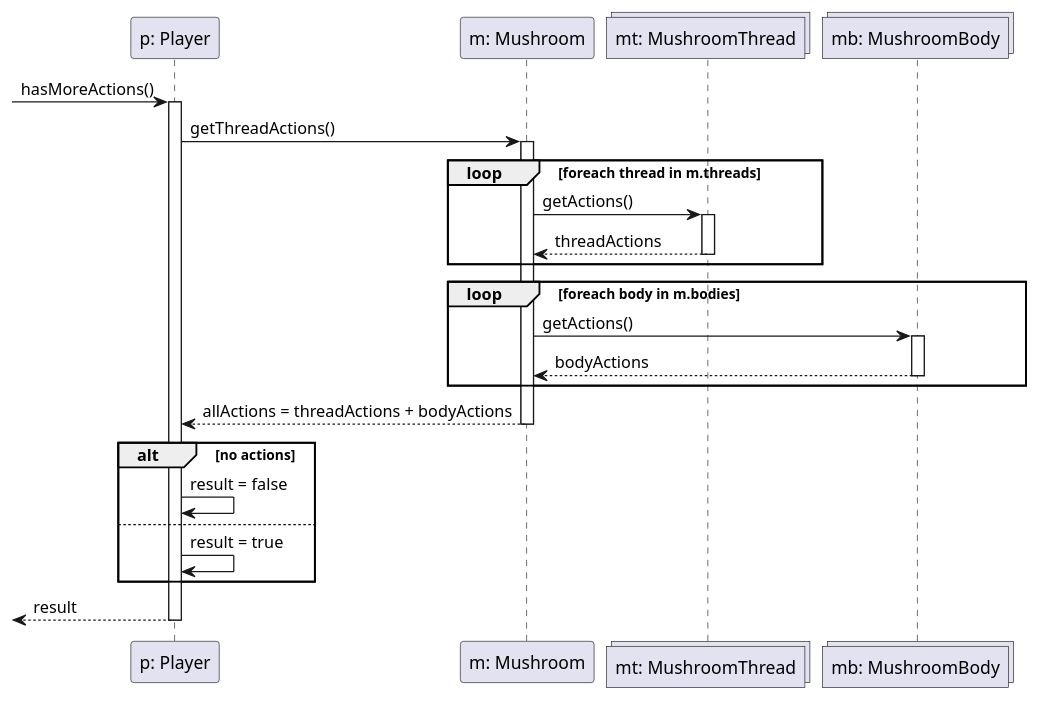
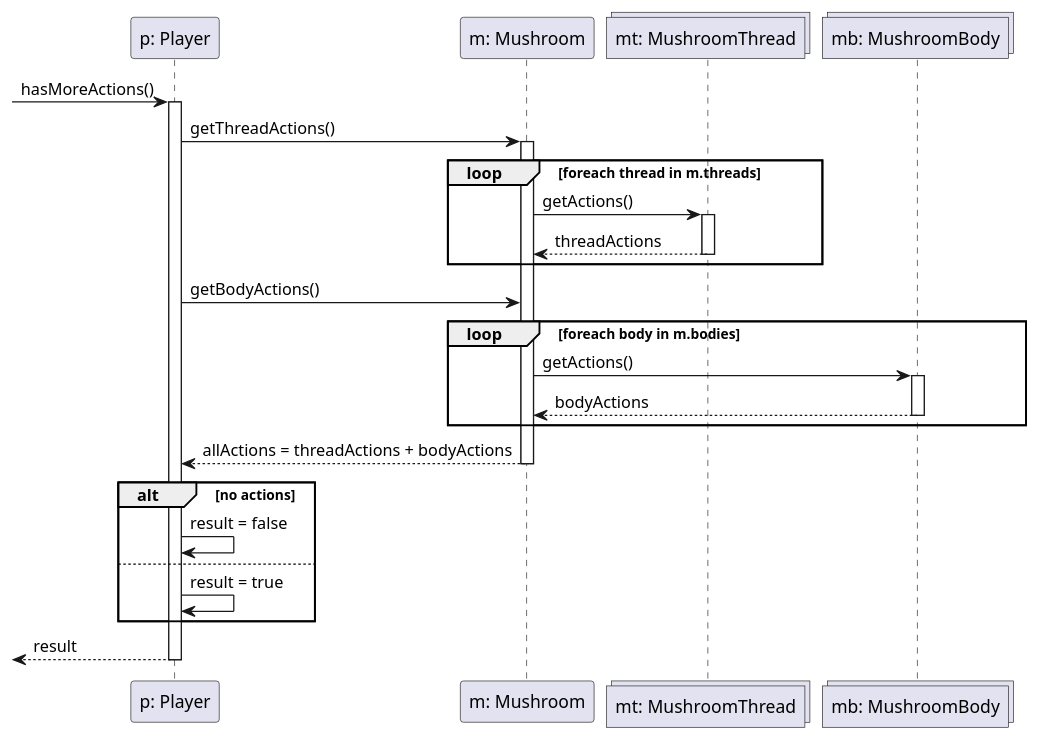
Before and after one commit to dzsem/projlab: the diagram in diagrams/sequence/player/mycologist/hasMoreActions.puml, drawn with PlantUML.

Commit message:
mycologist hasMoreActionsFix

```diff
--- a/diagrams/sequence/player/mycologist/hasMoreActions.puml
+++ b/diagrams/sequence/player/mycologist/hasMoreActions.puml
@@ -1,42 +1,44 @@
 @startuml hasMoreActionsMycologist
 
 participant "p: Player" as p
 participant "m: Mushroom" as m
 collections "mt: MushroomThread" as mt
 collections "mb: MushroomBody" as mb
 
 -> p : hasMoreActions()
 activate p
     
 p -> m : getThreadActions()
 activate m
 
 loop foreach thread in m.threads
     m -> mt : getActions()
     activate mt
 
     m <-- mt : threadActions
     deactivate mt
 end
+
+p -> m : getBodyActions()
 
 loop foreach body in m.bodies
     m -> mb : getActions()
     activate mb
 
     m <-- mb : bodyActions
     deactivate mb
 end
 
 p <-- m: allActions = threadActions + bodyActions
 deactivate m
 
 alt no actions
     p -> p : result = false
 else
     p -> p : result = true
 end
 
 <-- p : result
 deactivate p
 
 @enduml
```
